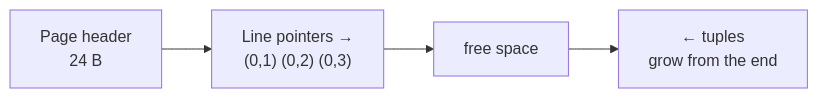
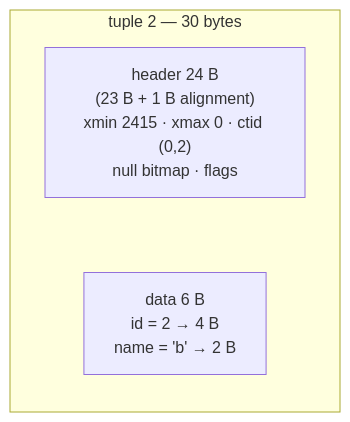
One commit to wesamkhateeb98-creator/postgresql-zero-to-hero changed the second of 2 diagrams in Doc/00-introduction/04-storage-layout.md. Above: the diagram before and after it, drawn with Mermaid. The commit also changed other lines of this file and 33 other files, not shown here.

First line of the commit message:
Add PL/pgSQL phase, rework architecture/storage/CRUD docs

````diff
--- a/Doc/00-introduction/04-storage-layout.md
+++ b/Doc/00-introduction/04-storage-layout.md
@@ -16,4 +66,6 @@
 ```mermaid
 flowchart LR
-    H["Page header<br/>24 B"] --> LP["Line pointers →<br/>(0,1) (0,2) (0,3)"] --> F["free space"] --> TP["← tuples<br/>grow from the end"]
+    subgraph T["tuple 2 — 30 bytes"]
+        H["header 24 B<br/>(23 B + 1 B alignment)<br/>xmin 2415 · xmax 0 · ctid (0,2)<br/>null bitmap · flags"] ~~~ D["data 6 B<br/>id = 2 → 4 B<br/>name = 'b' → 2 B"]
+    end
 ```
````
